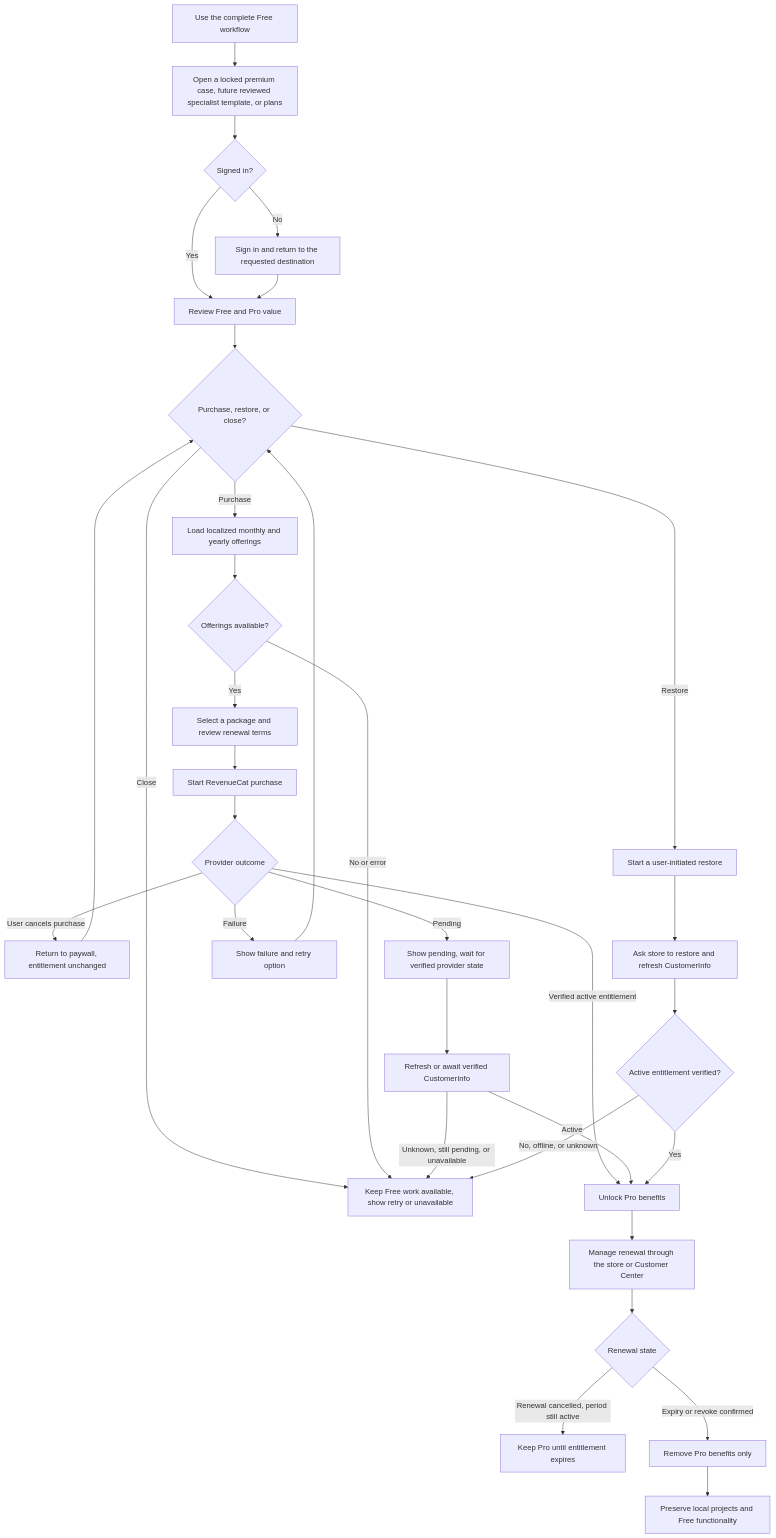
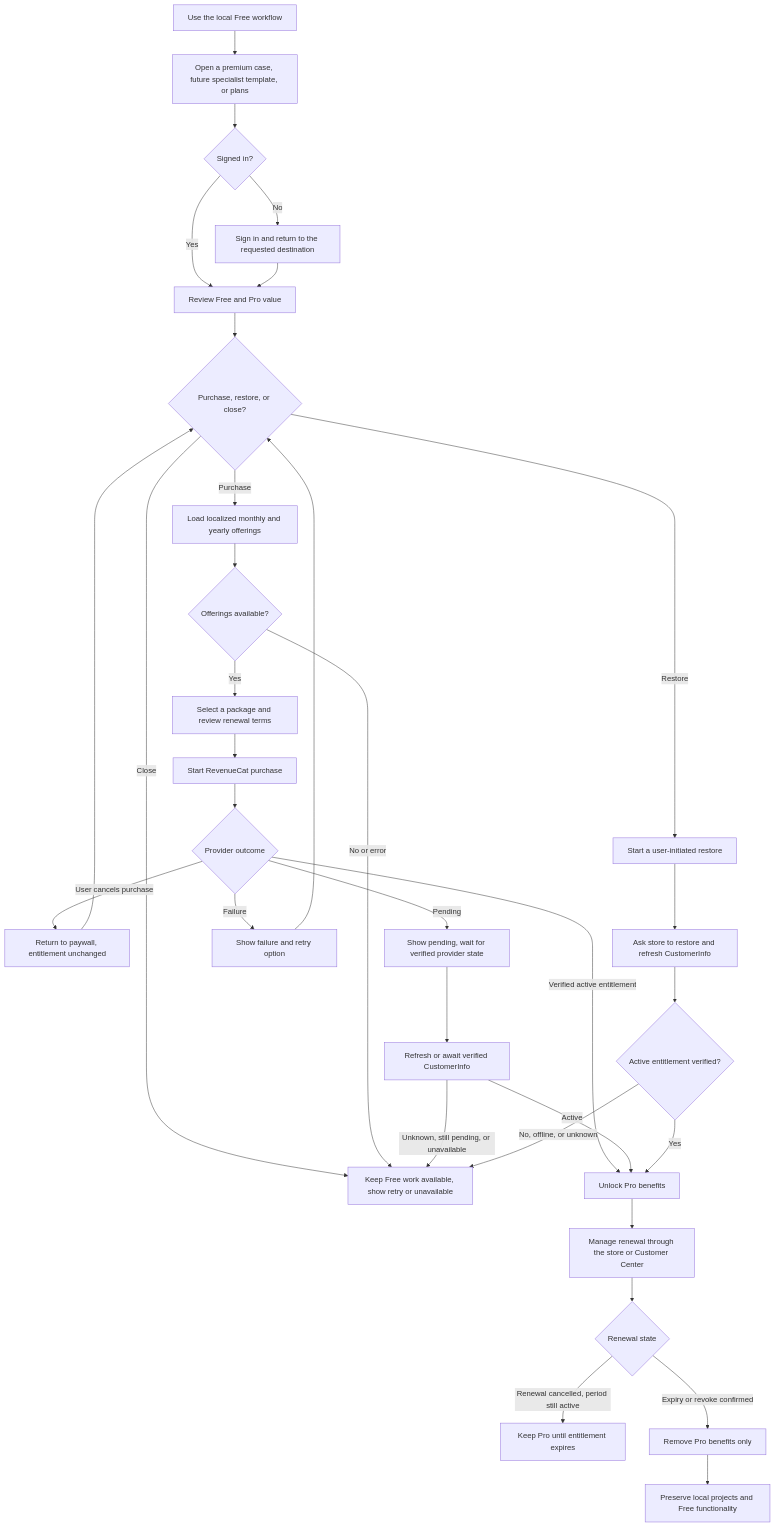
Diagram 12 of 12 in docs/product/workflows.md (AndroLay/evidrilo), drawn with Mermaid before and after one commit. The commit also changed other lines of this file and 188 other files, not shown here.

```diff
--- a/docs/product/workflows.md
+++ b/docs/product/workflows.md
@@ -594,35 +669,35 @@
 ~~~mermaid
 flowchart TD
-    Free[Use the complete Free workflow] --> PremiumValue[Open a locked premium case, future reviewed specialist template, or plans]
+    Free[Use the local Free workflow] --> PremiumValue[Open a premium case, future specialist template, or plans]
     PremiumValue --> SignIn{Signed in?}
     SignIn -->|No| Auth[Sign in and return to the requested destination]
     SignIn -->|Yes| Compare[Review Free and Pro value]
     Auth --> Compare
     Compare --> Action{Purchase, restore, or close?}
     Action -->|Purchase| Offer[Load localized monthly and yearly offerings]
     Action -->|Restore| Restore[Start a user-initiated restore]
     Action -->|Close| FreeFallback
     Offer --> Offers{Offerings available?}
     Offers -->|No or error| FreeFallback[Keep Free work available, show retry or unavailable]
     Offers -->|Yes| Choice[Select a package and review renewal terms]
     Choice --> Purchase[Start RevenueCat purchase]
     Purchase --> Outcome{Provider outcome}
     Outcome -->|User cancels purchase| Cancelled[Return to paywall, entitlement unchanged]
     Outcome -->|Pending| Pending[Show pending, wait for verified provider state]
     Outcome -->|Failure| Failed[Show failure and retry option]
     Outcome -->|Verified active entitlement| Active[Unlock Pro benefits]
     Pending --> Reconcile[Refresh or await verified CustomerInfo]
     Reconcile -->|Active| Active
     Reconcile -->|Unknown, still pending, or unavailable| FreeFallback
     Active --> Manage[Manage renewal through the store or Customer Center]
     Manage --> Renewal{Renewal state}
     Renewal -->|Renewal cancelled, period still active| Retain[Keep Pro until entitlement expires]
     Renewal -->|Expiry or revoke confirmed| FreeAgain[Remove Pro benefits only]
     FreeAgain --> Preserve[Preserve local projects and Free functionality]
     Cancelled --> Action
     Failed --> Action
     Restore --> Refresh[Ask store to restore and refresh CustomerInfo]
     Refresh --> Verified{Active entitlement verified?}
     Verified -->|Yes| Active
     Verified -->|No, offline, or unknown| FreeFallback
 ~~~
```
